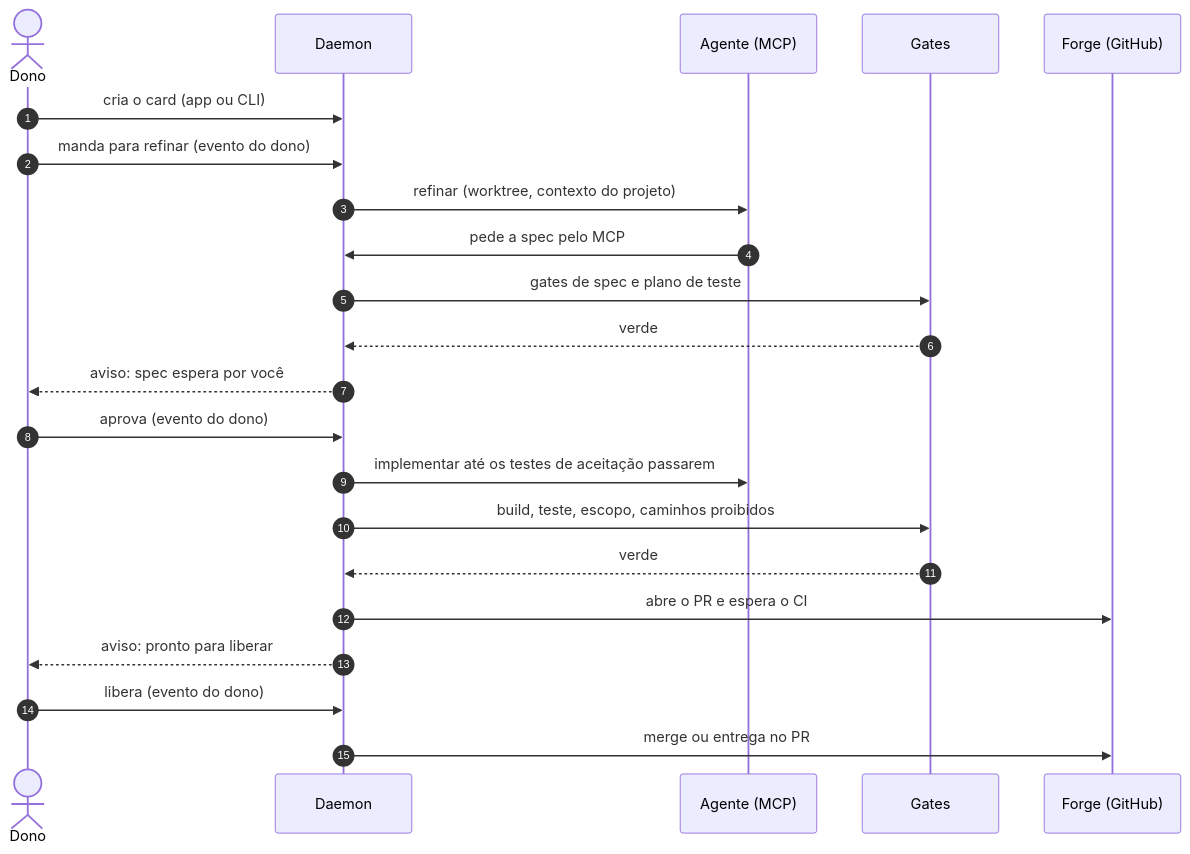
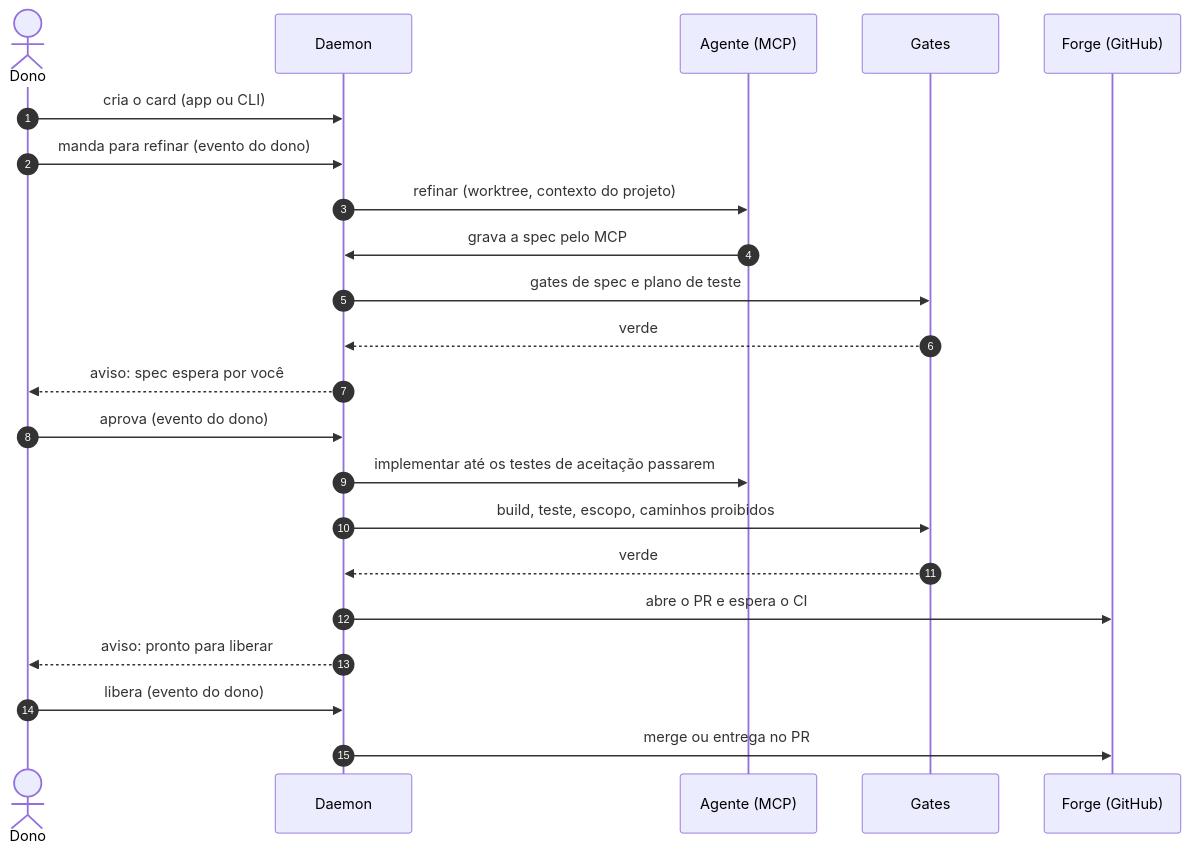
Before and after one commit to kennedykjj/shipfloor: the second of 2 diagrams in README.md, drawn with Mermaid. The commit also changed other lines of this file and 4 other files, not shown here.

Commit message:
docs(readme): quarta revisão, captura de configurações útil e roadmap sem rascunho

````diff
--- a/README.md
+++ b/README.md
@@ -80,24 +82,24 @@
 ```mermaid
 sequenceDiagram
     autonumber
     actor Dono
     participant D as Daemon
     participant A as Agente (MCP)
     participant G as Gates
     participant F as Forge (GitHub)
     Dono->>D: cria o card (app ou CLI)
     Dono->>D: manda para refinar (evento do dono)
     D->>A: refinar (worktree, contexto do projeto)
-    A->>D: pede a spec pelo MCP
+    A->>D: grava a spec pelo MCP
     D->>G: gates de spec e plano de teste
     G-->>D: verde
     D-->>Dono: aviso: spec espera por você
     Dono->>D: aprova (evento do dono)
     D->>A: implementar até os testes de aceitação passarem
     D->>G: build, teste, escopo, caminhos proibidos
     G-->>D: verde
     D->>F: abre o PR e espera o CI
     D-->>Dono: aviso: pronto para liberar
     Dono->>D: libera (evento do dono)
     D->>F: merge ou entrega no PR
 ```
````
